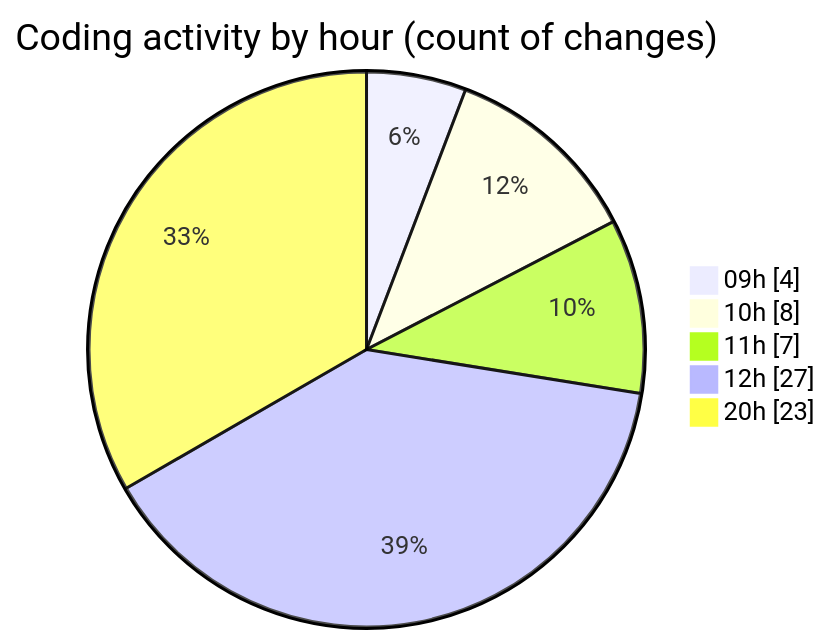
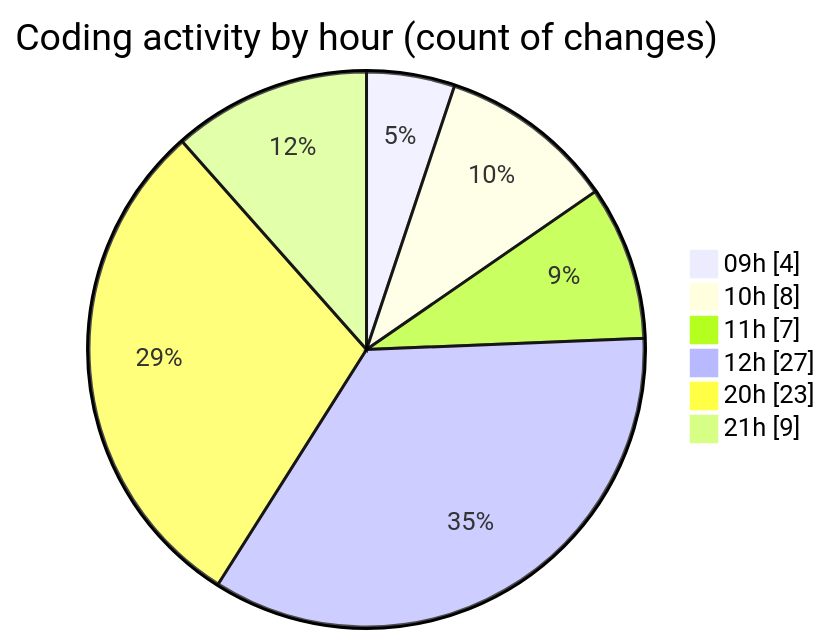
The second of 2 diagrams in 2026-08-03/cda/README.md (momahboobian/code-tracking), drawn with Mermaid before and after one commit. The commit also changed other lines of this file and 1 other file, not shown here.

````diff
--- a/2026-08-03/cda/README.md
+++ b/2026-08-03/cda/README.md
@@ -46,9 +51,10 @@
 ```mermaid
 pie showData
 title Coding activity by hour (count of changes)
 "09h" : 4
 "10h" : 8
 "11h" : 7
 "12h" : 27
 "20h" : 23
+"21h" : 9
 ```
````
